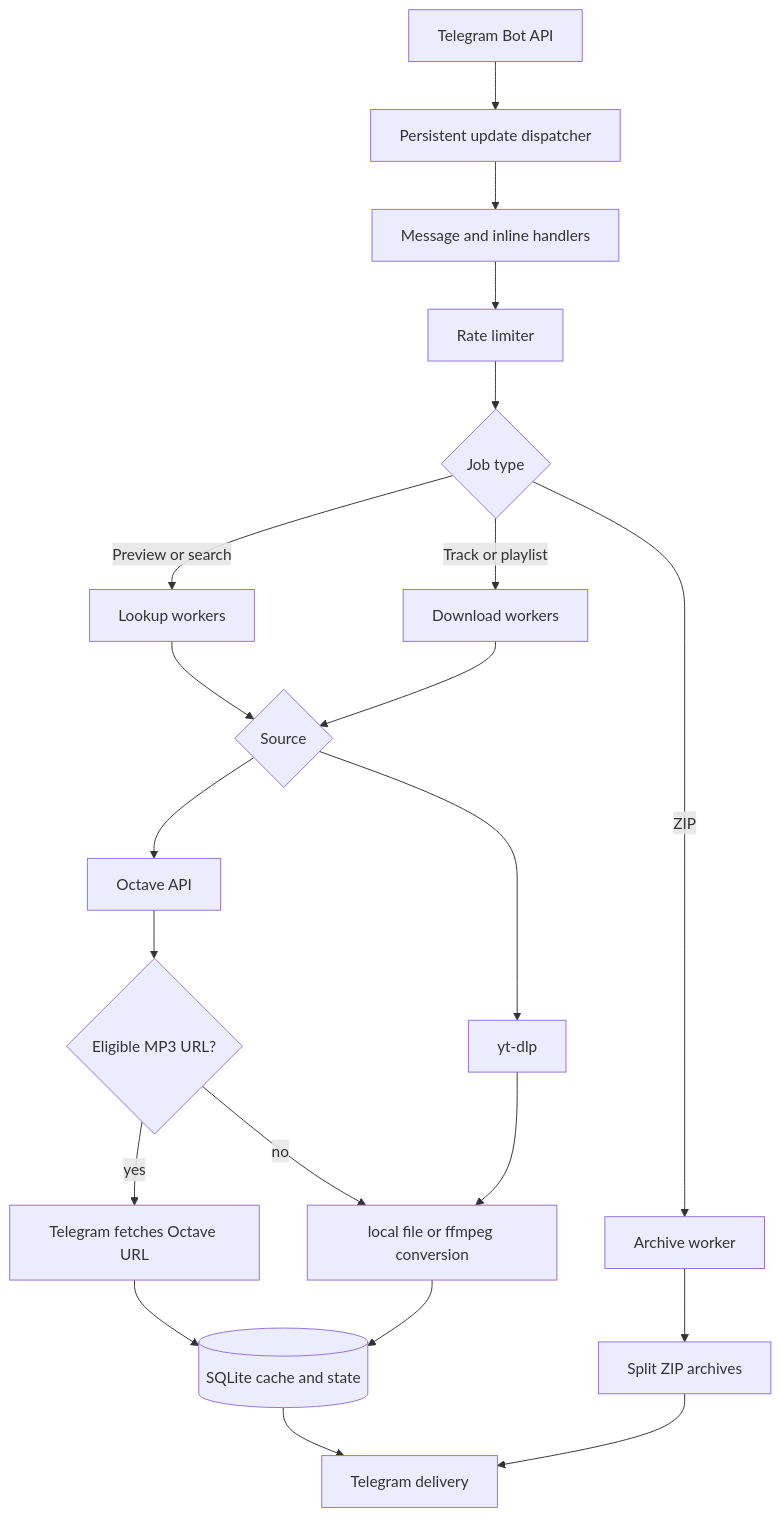
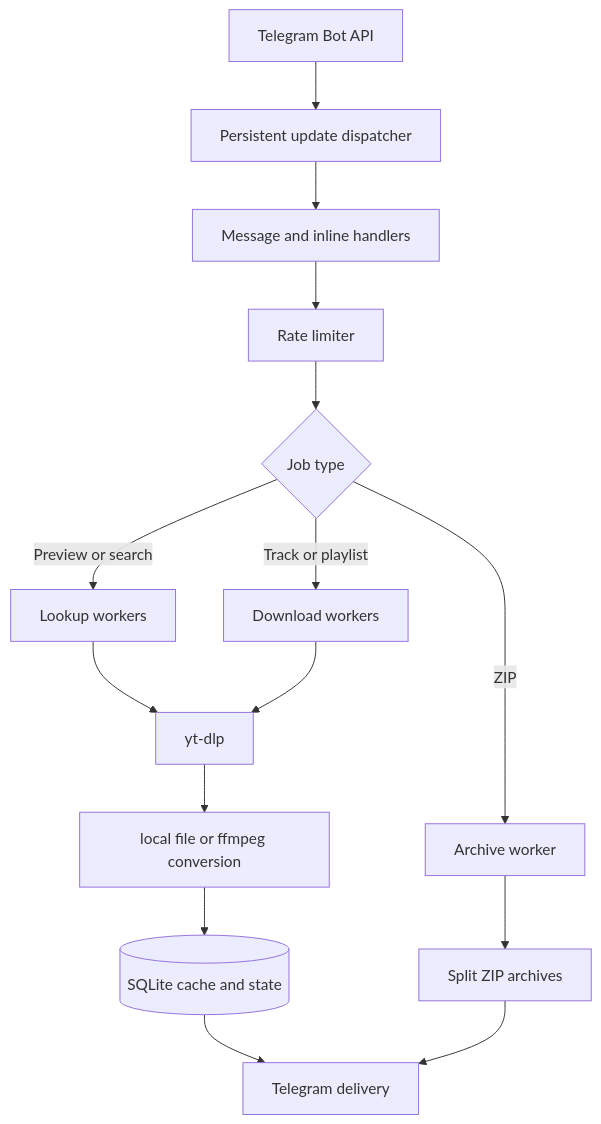
One commit to v0dol4zik/e6akl4k changed the diagram in docs/architecture.md. Above: the diagram before and after it, drawn with Mermaid. The commit also changed other lines of this file and 28 other files, not shown here.

````diff
--- a/docs/architecture.md
+++ b/docs/architecture.md
@@ -5,23 +5,17 @@
 ```mermaid
 flowchart TD
     TG[Telegram Bot API] --> UD[Persistent update dispatcher]
     UD --> H[Message and inline handlers]
     H --> RL[Rate limiter]
     RL --> Q{Job type}
     Q -->|Preview or search| L[Lookup workers]
     Q -->|Track or playlist| D[Download workers]
     Q -->|ZIP| A[Archive worker]
-    L --> SRC{Source}
-    D --> SRC
-    SRC --> O[Octave API]
-    SRC --> Y[yt-dlp]
-    O --> FAST{Eligible MP3 URL?}
-    FAST -->|yes| TGF[Telegram fetches Octave URL]
-    FAST -->|no| F[local file or ffmpeg conversion]
-    Y --> F
-    TGF --> DB[(SQLite cache and state)]
-    F --> DB
+    L --> Y[yt-dlp]
+    D --> Y
+    Y --> F[local file or ffmpeg conversion]
+    F --> DB[(SQLite cache and state)]
     A --> Z[Split ZIP archives]
     DB --> SEND[Telegram delivery]
     Z --> SEND
 ```
````
